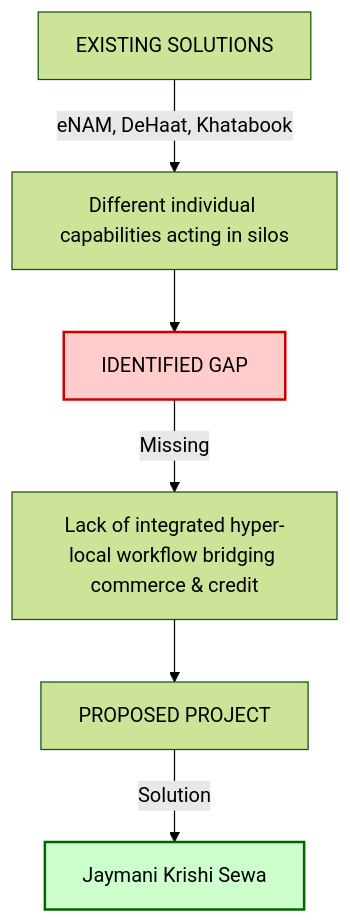
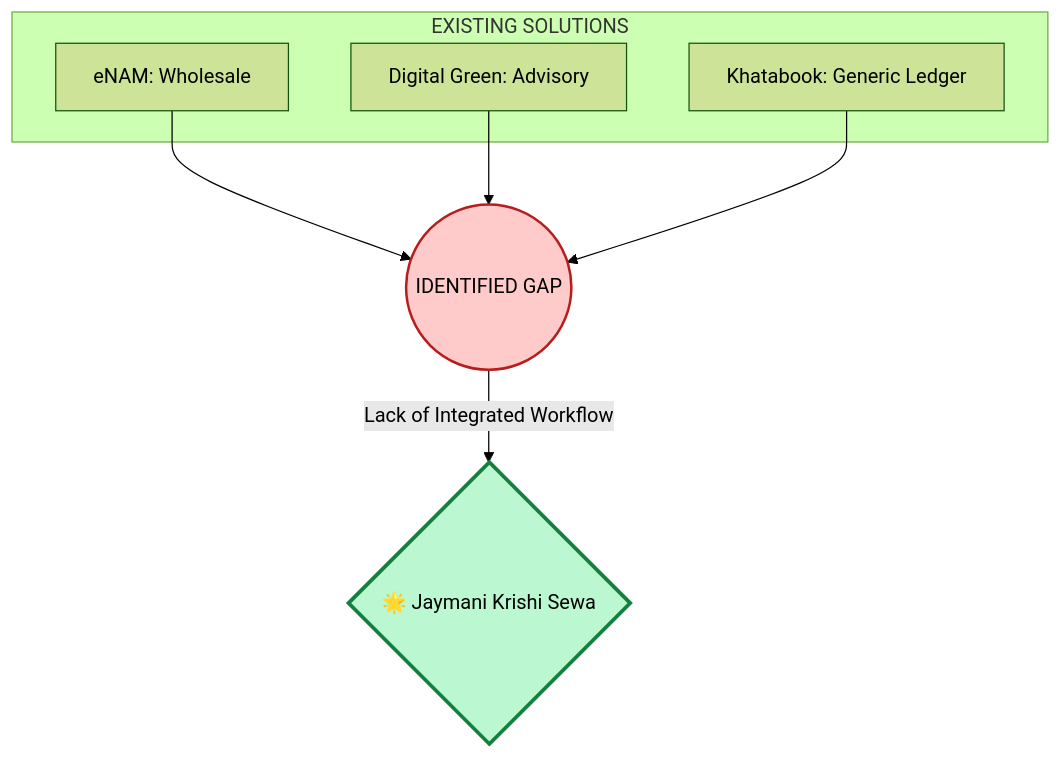
One commit to hmpmanish/jaymani-krishi-sewa changed the third of 5 diagrams in Jaymani_Krishi_Sewa_Proposal_Report.md. Above: the diagram before and after it, drawn with Mermaid (forest theme). The commit also changed other lines of this file, not shown here.

````diff
--- a/Jaymani_Krishi_Sewa_Proposal_Report.md
+++ b/Jaymani_Krishi_Sewa_Proposal_Report.md
@@ -332,11 +180,17 @@
 ```mermaid
 graph TD
-    A[EXISTING SOLUTIONS] -->|eNAM, DeHaat, Khatabook| B[Different individual capabilities acting in silos]
-    B --> C[IDENTIFIED GAP]
-    C -->|Missing| D[Lack of integrated hyper-local workflow bridging commerce & credit]
-    D --> E[PROPOSED PROJECT]
-    E -->|Solution| F[Jaymani Krishi Sewa]
+    subgraph EXISTING SOLUTIONS
+        S1[eNAM: Wholesale]
+        S2[Digital Green: Advisory]
+        S3[Khatabook: Generic Ledger]
+    end
     
-    style C fill:#ffcccc,stroke:#cc0000,stroke-width:2px
-    style F fill:#ccffcc,stroke:#006600,stroke-width:2px
+    S1 --> GAP
+    S2 --> GAP
+    S3 --> GAP
+    
+    GAP((IDENTIFIED GAP)) -->|Lack of Integrated Workflow| JKS{🌟 Jaymani Krishi Sewa}
+    
+    style GAP fill:#fecaca,stroke:#b91c1c,stroke-width:2px,color:black
+    style JKS fill:#bbf7d0,stroke:#15803d,stroke-width:3px,color:black
 ```
````
